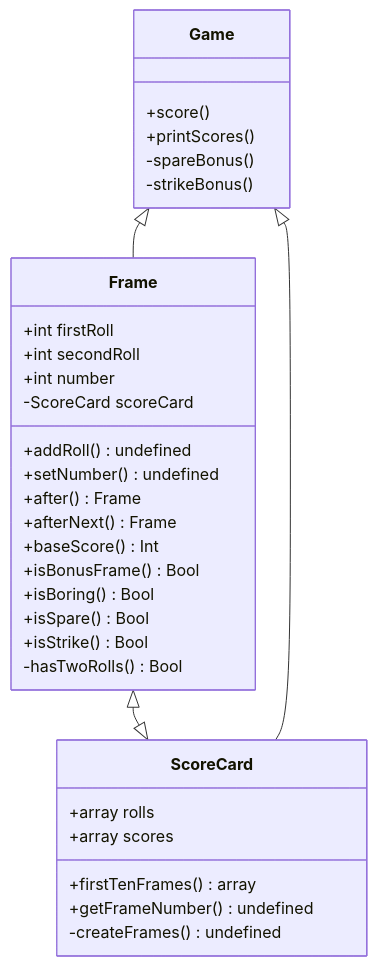
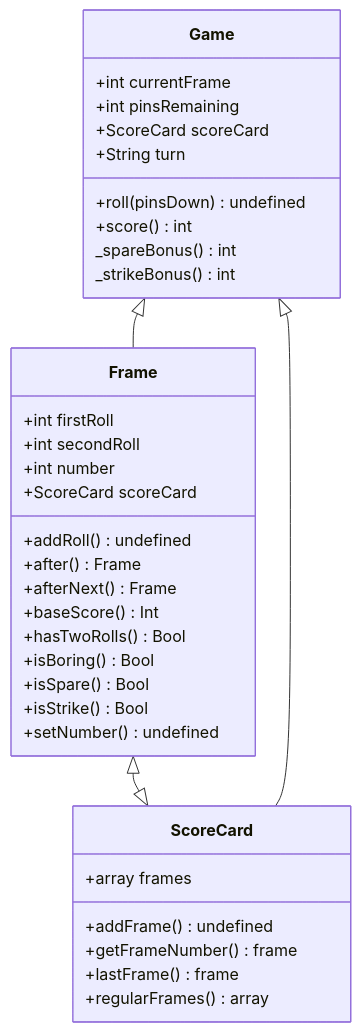
Before and after one commit to makersacademy/bowling-challenge: the diagram in CLASSES.md, drawn with Mermaid. The commit also changed 5 other files, not shown here.

Commit message:
Alphabetising and updating diagram

````diff
--- a/CLASSES.md
+++ b/CLASSES.md
@@ -1,44 +1,46 @@
 ```mermaid 
  classDiagram
       class Frame{
           +int firstRoll
           +int secondRoll
           +int number
-
-          -ScoreCard scoreCard
+          +ScoreCard scoreCard
           
           +addRoll() undefined
-          +setNumber() undefined
           +after() Frame
           +afterNext() Frame
           +baseScore() Int
-          +isBonusFrame() Bool
+          +hasTwoRolls() Bool
           +isBoring() Bool
           +isSpare() Bool
           +isStrike() Bool
+          +setNumber() undefined
 
-          -hasTwoRolls() Bool
       }
 
       class ScoreCard{
-          +array rolls
-          +array scores
+          +array frames
 
-          +firstTenFrames() array
-          +getFrameNumber() undefined
-
-          -createFrames() undefined
+          +addFrame() undefined
+          +getFrameNumber() frame
+          +lastFrame() frame
+          +regularFrames() array
       }
 
       class Game{
-        +score()
-        +printScores()
+        +int currentFrame
+        +int pinsRemaining
+        +ScoreCard scoreCard
+        +String turn
 
-        -spareBonus()
-        -strikeBonus()
+        +roll(pinsDown) undefined
+        +score() int
+
+        _spareBonus() int
+        _strikeBonus() int
       }
 
       Frame <|--|> ScoreCard
       Game <|-- Frame
       Game <|-- ScoreCard
 ```
````
